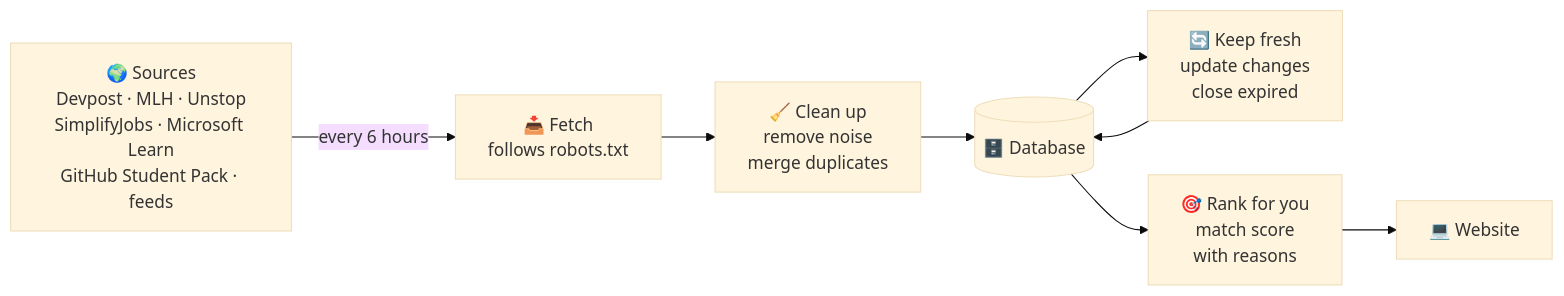
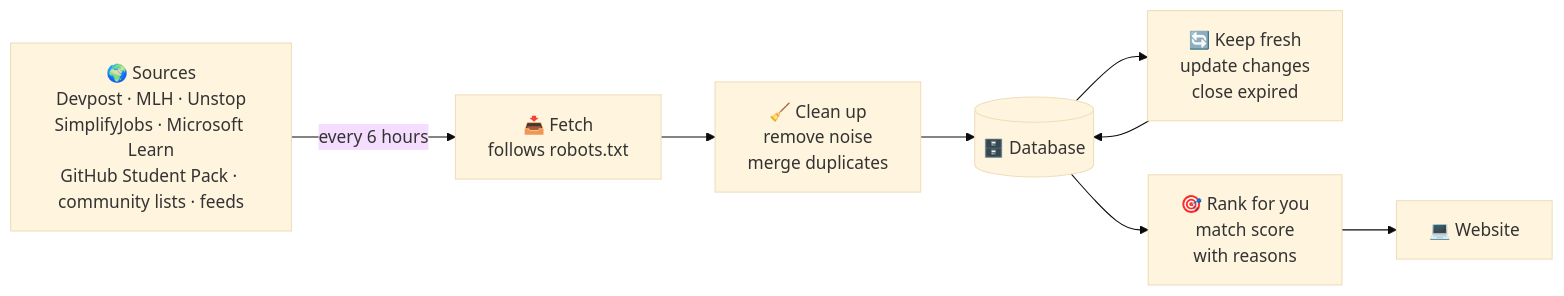
One commit to ganesh-tadigadapa/Zenkai changed the diagram in README.md. Above: the diagram before and after it, drawn with Mermaid (base theme). The commit also changed other lines of this file, not shown here.

Commit message:
Describe the new sources in the README

````diff
--- a/README.md
+++ b/README.md
@@ -65,10 +65,10 @@
 ```mermaid
 flowchart LR
-    A["🌍 Sources<br/>Devpost · MLH · Unstop<br/>SimplifyJobs · Microsoft Learn<br/>GitHub Student Pack · feeds"] -->|every 6 hours| B["📥 Fetch<br/>follows robots.txt"]
+    A["🌍 Sources<br/>Devpost · MLH · Unstop<br/>SimplifyJobs · Microsoft Learn<br/>GitHub Student Pack · community lists · feeds"] -->|every 6 hours| B["📥 Fetch<br/>follows robots.txt"]
     B --> C["🧹 Clean up<br/>remove noise<br/>merge duplicates"]
     C --> D[("🗄️ Database")]
     D --> E["🔄 Keep fresh<br/>update changes<br/>close expired"]
     E --> D
     D --> F["🎯 Rank for you<br/>match score<br/>with reasons"]
     F --> G["💻 Website"]
 ```
````
